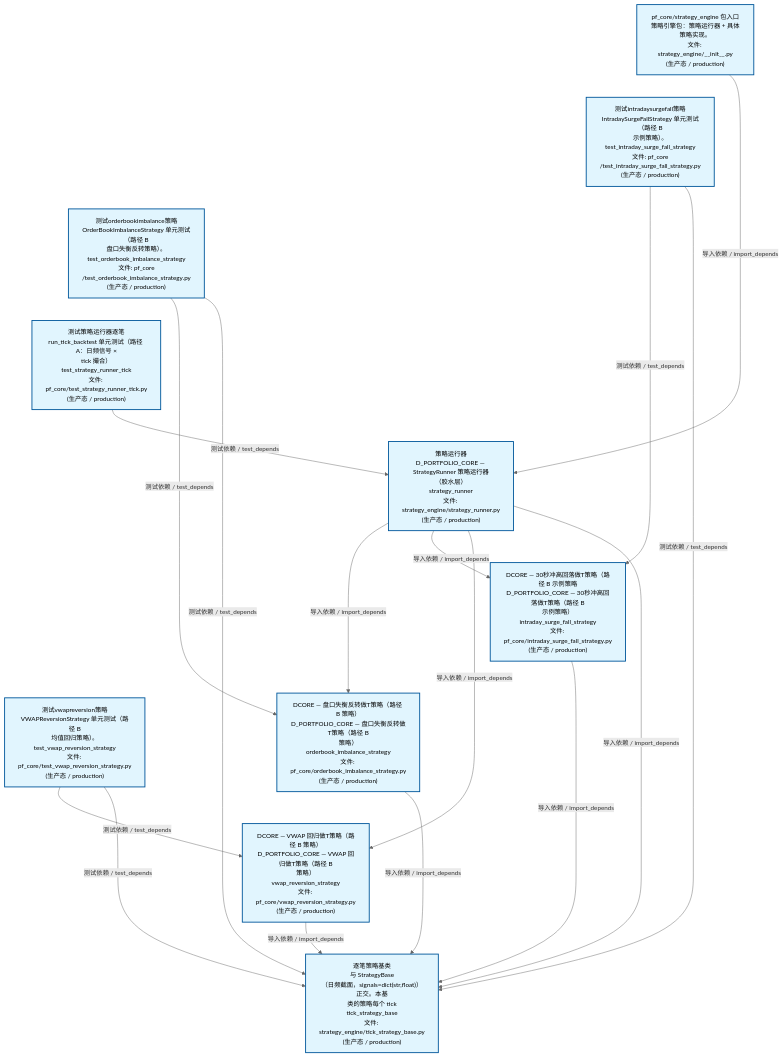
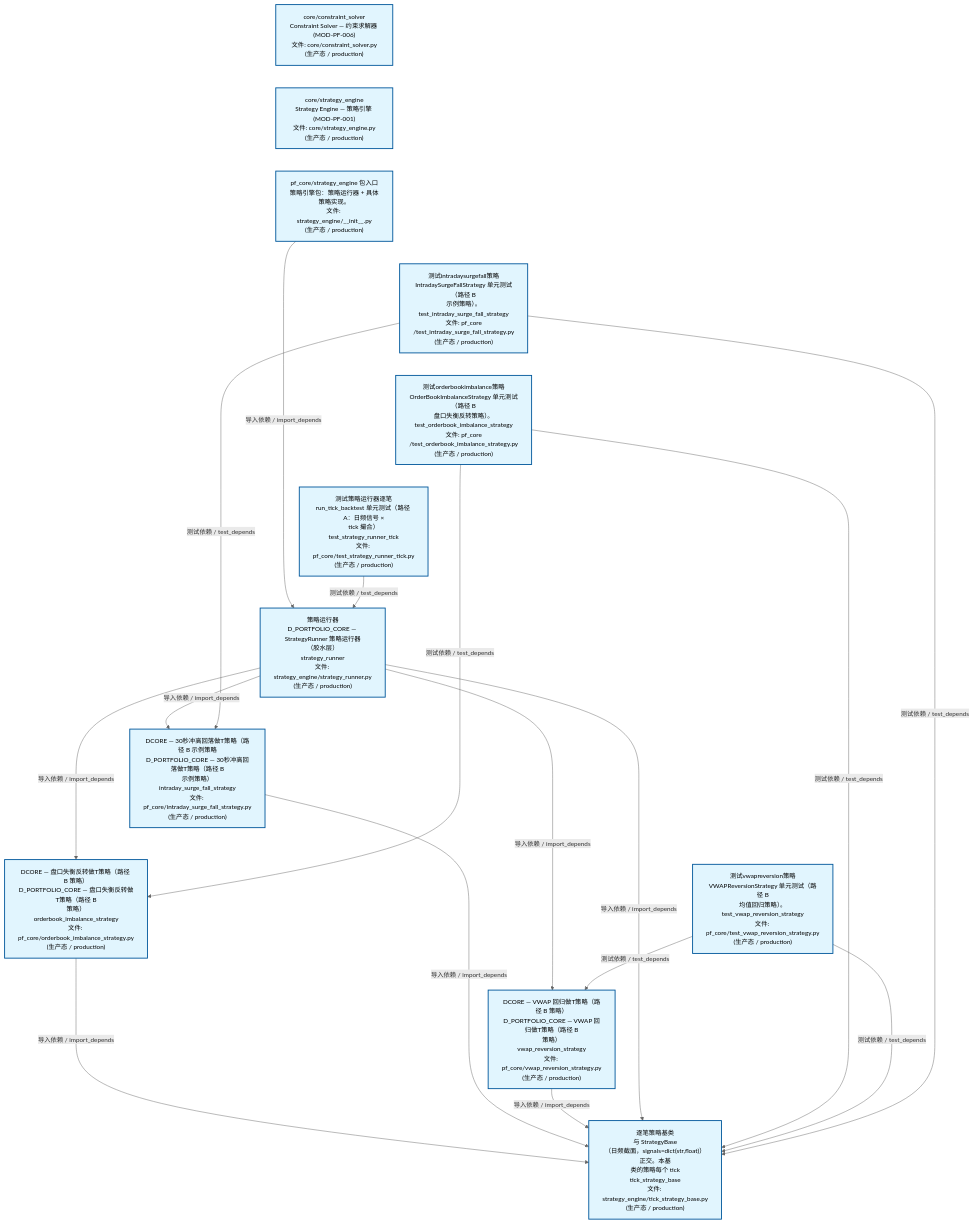
One commit to xuanFelixVan/ZephyrAlpha changed the second of 4 diagrams in docs/02_enterprise_architecture/02_domain_architecture_docs/63_d_pf_core.md. Above: the diagram before and after it, drawn with Mermaid. The commit also changed other lines of this file and 48 other files, not shown here.

````diff
--- a/docs/02_enterprise_architecture/02_domain_architecture_docs/63_d_pf_core.md
+++ b/docs/02_enterprise_architecture/02_domain_architecture_docs/63_d_pf_core.md
@@ -139,40 +139,44 @@
 ```mermaid
 %%{init: {'theme': 'base', 'themeVariables': {'primaryColor': '#eaeaea', 'primaryTextColor': '#333333', 'primaryBorderColor': '#666666', 'lineColor': '#666666', 'secondaryColor': '#eaeaea', 'tertiaryColor': '#eaeaea', 'fontSize': '14px'}}}%%
 flowchart TD
+    src_zephyr_pf_core_core_constraint_solver_py["core/constraint_solver<br/>Constraint Solver — 约束求解器 (MOD-PF-006)<br/>文件: core/constraint_solver.py<br/>(生产态 / production)"]
+    src_zephyr_pf_core_core_strategy_engine_py["core/strategy_engine<br/>Strategy Engine — 策略引擎 (MOD-PF-001)<br/>文件: core/strategy_engine.py<br/>(生产态 / production)"]
     src_zephyr_pf_core_strategy_engine_init_py["pf_core/strategy_engine 包入口<br/>策略引擎包：策略运行器 + 具体策略实现。<br/>文件: strategy_engine/__init__.py<br/>(生产态 / production)"]
     tests_pf_core_test_intraday_surge_fall_strategy_py["测试intradaysurgefall策略<br/>IntradaySurgeFallStrategy 单元测试（路径 B<br/>示例策略）。<br/>test_intraday_surge_fall_strategy<br/>文件: pf_core<br/>/test_intraday_surge_fall_strategy.py<br/>(生产态 / production)"]
     tests_pf_core_test_orderbook_imbalance_strategy_py["测试orderbookimbalance策略<br/>OrderBookImbalanceStrategy 单元测试（路径 B<br/>盘口失衡反转策略）。<br/>test_orderbook_imbalance_strategy<br/>文件: pf_core<br/>/test_orderbook_imbalance_strategy.py<br/>(生产态 / production)"]
     tests_pf_core_test_strategy_runner_tick_py["测试策略运行器逐笔<br/>run_tick_backtest 单元测试（路径 A：日频信号 ×<br/>tick 撮合）<br/>test_strategy_runner_tick<br/>文件: pf_core/test_strategy_runner_tick.py<br/>(生产态 / production)"]
     tests_pf_core_test_vwap_reversion_strategy_py["测试vwapreversion策略<br/>VWAPReversionStrategy 单元测试（路径 B<br/>均值回归策略）。<br/>test_vwap_reversion_strategy<br/>文件: pf_core/test_vwap_reversion_strategy.py<br/>(生产态 / production)"]
+    src_zephyr_pf_core_core_constraint_solver_py ~~~ src_zephyr_pf_core_core_strategy_engine_py
+    src_zephyr_pf_core_core_strategy_engine_py ~~~ src_zephyr_pf_core_strategy_engine_init_py
     src_zephyr_pf_core_strategy_engine_init_py ~~~ tests_pf_core_test_intraday_surge_fall_strategy_py
     tests_pf_core_test_intraday_surge_fall_strategy_py ~~~ tests_pf_core_test_orderbook_imbalance_strategy_py
     tests_pf_core_test_orderbook_imbalance_strategy_py ~~~ tests_pf_core_test_strategy_runner_tick_py
     tests_pf_core_test_strategy_runner_tick_py ~~~ tests_pf_core_test_vwap_reversion_strategy_py
     src_zephyr_pf_core_strategy_engine_strategy_runner_py["策略运行器<br/>D_PORTFOLIO_CORE — StrategyRunner 策略运行器<br/>（胶水层）<br/>strategy_runner<br/>文件: strategy_engine/strategy_runner.py<br/>(生产态 / production)"]
     src_zephyr_pf_core_intraday_surge_fall_strategy_py["DCORE — 30秒冲高回落做T策略（路径 B 示例策略<br/>D_PORTFOLIO_CORE — 30秒冲高回落做T策略（路径 B<br/>示例策略）<br/>intraday_surge_fall_strategy<br/>文件: pf_core/intraday_surge_fall_strategy.py<br/>(生产态 / production)"]
     src_zephyr_pf_core_orderbook_imbalance_strategy_py["DCORE — 盘口失衡反转做T策略（路径 B 策略）<br/>D_PORTFOLIO_CORE — 盘口失衡反转做T策略（路径 B<br/>策略）<br/>orderbook_imbalance_strategy<br/>文件: pf_core/orderbook_imbalance_strategy.py<br/>(生产态 / production)"]
     src_zephyr_pf_core_vwap_reversion_strategy_py["DCORE — VWAP 回归做T策略（路径 B 策略）<br/>D_PORTFOLIO_CORE — VWAP 回归做T策略（路径 B<br/>策略）<br/>vwap_reversion_strategy<br/>文件: pf_core/vwap_reversion_strategy.py<br/>(生产态 / production)"]
     src_zephyr_pf_core_intraday_surge_fall_strategy_py ~~~ src_zephyr_pf_core_orderbook_imbalance_strategy_py
     src_zephyr_pf_core_orderbook_imbalance_strategy_py ~~~ src_zephyr_pf_core_vwap_reversion_strategy_py
     src_zephyr_pf_core_strategy_engine_tick_strategy_base_py["逐笔策略基类<br/>与 StrategyBase<br/>（日频截面，signals=dict(str,float)）正交。本基<br/>类的策略每个 tick<br/>tick_strategy_base<br/>文件: strategy_engine/tick_strategy_base.py<br/>(生产态 / production)"]
     src_zephyr_pf_core_orderbook_imbalance_strategy_py -->|导入依赖 / import_depends| src_zephyr_pf_core_strategy_engine_tick_strategy_base_py
     src_zephyr_pf_core_intraday_surge_fall_strategy_py -->|导入依赖 / import_depends| src_zephyr_pf_core_strategy_engine_tick_strategy_base_py
     src_zephyr_pf_core_vwap_reversion_strategy_py -->|导入依赖 / import_depends| src_zephyr_pf_core_strategy_engine_tick_strategy_base_py
     src_zephyr_pf_core_strategy_engine_init_py -->|导入依赖 / import_depends| src_zephyr_pf_core_strategy_engine_strategy_runner_py
     src_zephyr_pf_core_strategy_engine_strategy_runner_py -->|导入依赖 / import_depends| src_zephyr_pf_core_orderbook_imbalance_strategy_py
     src_zephyr_pf_core_strategy_engine_strategy_runner_py -->|导入依赖 / import_depends| src_zephyr_pf_core_intraday_surge_fall_strategy_py
     src_zephyr_pf_core_strategy_engine_strategy_runner_py -->|导入依赖 / import_depends| src_zephyr_pf_core_vwap_reversion_strategy_py
     src_zephyr_pf_core_strategy_engine_strategy_runner_py -->|导入依赖 / import_depends| src_zephyr_pf_core_strategy_engine_tick_strategy_base_py
+    tests_pf_core_test_strategy_runner_tick_py -->|测试依赖 / test_depends| src_zephyr_pf_core_strategy_engine_strategy_runner_py
     tests_pf_core_test_orderbook_imbalance_strategy_py -->|测试依赖 / test_depends| src_zephyr_pf_core_orderbook_imbalance_strategy_py
     tests_pf_core_test_orderbook_imbalance_strategy_py -->|测试依赖 / test_depends| src_zephyr_pf_core_strategy_engine_tick_strategy_base_py
+    tests_pf_core_test_vwap_reversion_strategy_py -->|测试依赖 / test_depends| src_zephyr_pf_core_vwap_reversion_strategy_py
+    tests_pf_core_test_vwap_reversion_strategy_py -->|测试依赖 / test_depends| src_zephyr_pf_core_strategy_engine_tick_strategy_base_py
     tests_pf_core_test_intraday_surge_fall_strategy_py -->|测试依赖 / test_depends| src_zephyr_pf_core_intraday_surge_fall_strategy_py
     tests_pf_core_test_intraday_surge_fall_strategy_py -->|测试依赖 / test_depends| src_zephyr_pf_core_strategy_engine_tick_strategy_base_py
-    tests_pf_core_test_strategy_runner_tick_py -->|测试依赖 / test_depends| src_zephyr_pf_core_strategy_engine_strategy_runner_py
-    tests_pf_core_test_vwap_reversion_strategy_py -->|测试依赖 / test_depends| src_zephyr_pf_core_vwap_reversion_strategy_py
-    tests_pf_core_test_vwap_reversion_strategy_py -->|测试依赖 / test_depends| src_zephyr_pf_core_strategy_engine_tick_strategy_base_py
     classDef production fill:#e1f5fe,stroke:#01579b,stroke-width:2px,color:#000
     classDef design fill:#fff3e0,stroke:#e65100,stroke-width:2px,color:#000,stroke-dasharray: 5 5
     classDef external_prod fill:#e8f4fd,stroke:#0277bd,stroke-width:1px,color:#000
     classDef external_design fill:#fff8e7,stroke:#ef6c00,stroke-width:1px,color:#000,stroke-dasharray: 5 5
-    class src_zephyr_pf_core_intraday_surge_fall_strategy_py,src_zephyr_pf_core_orderbook_imbalance_strategy_py,src_zephyr_pf_core_strategy_engine_init_py,src_zephyr_pf_core_strategy_engine_strategy_runner_py,src_zephyr_pf_core_strategy_engine_tick_strategy_base_py,src_zephyr_pf_core_vwap_reversion_strategy_py,tests_pf_core_test_intraday_surge_fall_strategy_py,tests_pf_core_test_orderbook_imbalance_strategy_py,tests_pf_core_test_strategy_runner_tick_py,tests_pf_core_test_vwap_reversion_strategy_py production
+    class src_zephyr_pf_core_core_constraint_solver_py,src_zephyr_pf_core_core_strategy_engine_py,src_zephyr_pf_core_intraday_surge_fall_strategy_py,src_zephyr_pf_core_orderbook_imbalance_strategy_py,src_zephyr_pf_core_strategy_engine_init_py,src_zephyr_pf_core_strategy_engine_strategy_runner_py,src_zephyr_pf_core_strategy_engine_tick_strategy_base_py,src_zephyr_pf_core_vwap_reversion_strategy_py,tests_pf_core_test_intraday_surge_fall_strategy_py,tests_pf_core_test_orderbook_imbalance_strategy_py,tests_pf_core_test_strategy_runner_tick_py,tests_pf_core_test_vwap_reversion_strategy_py production
 ```
````
